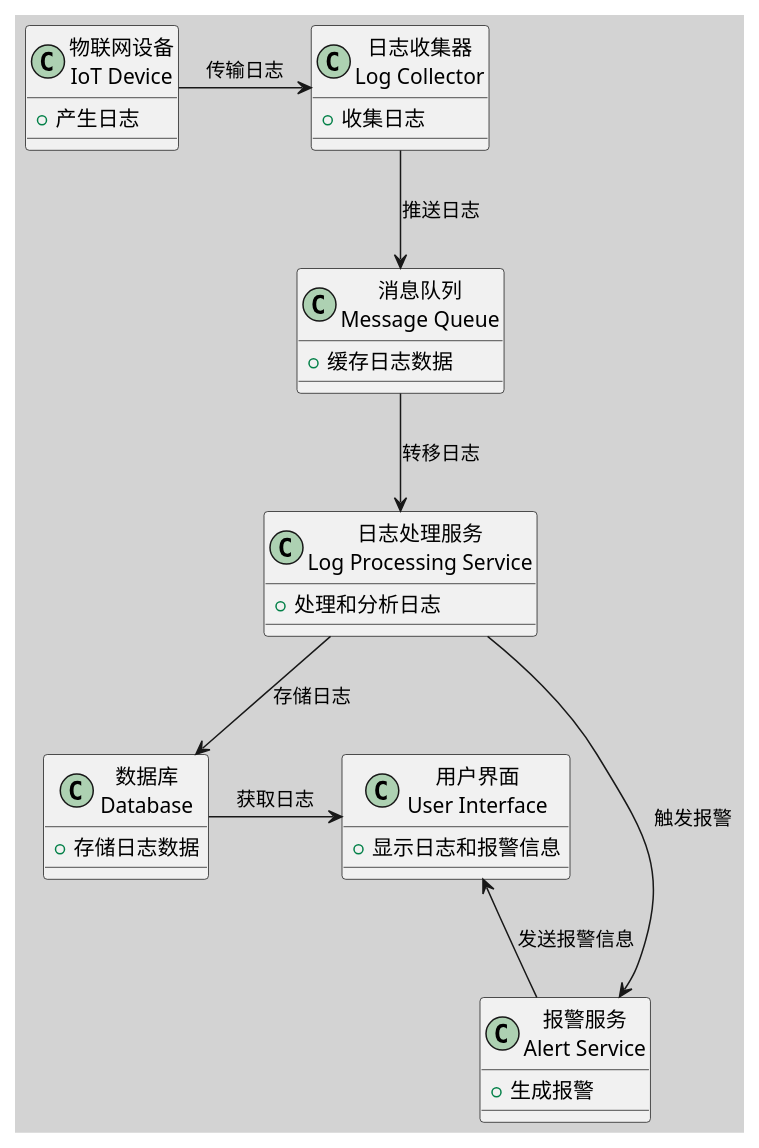
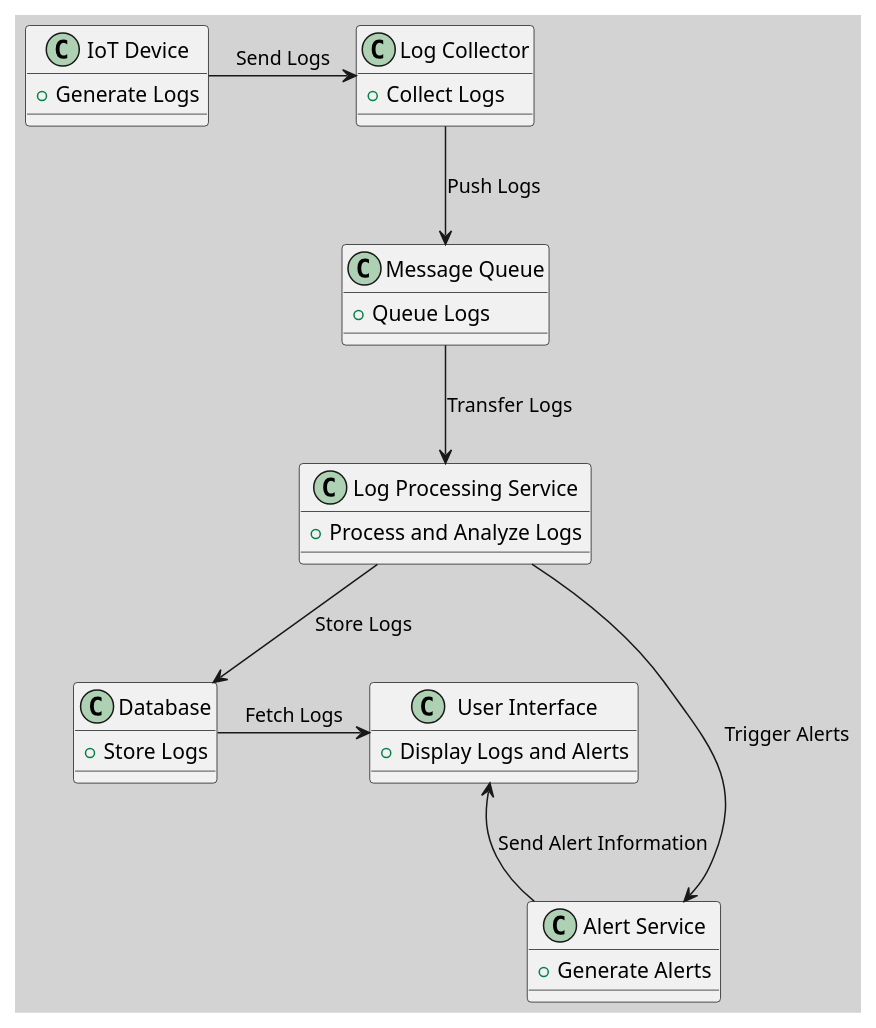
The diagram in interview_questions/iot_log_alert_system_architecture.puml (huangyingw/system_design), drawn with PlantUML before and after one commit.

```diff
--- a/interview_questions/iot_log_alert_system_architecture.puml
+++ b/interview_questions/iot_log_alert_system_architecture.puml
@@ -1,44 +1,44 @@
 @startuml
 skinparam backgroundColor #D3D3D3
 
 skinparam rectangle {
     BackgroundColor PaleGreen
     BorderColor DarkSlateGray
 }
 
-class "物联网设备\nIoT Device" as IoTDevice {
-    +产生日志
+class "IoT Device" as IoTDevice {
+    +Generate Logs
 }
 
-class "日志收集器\nLog Collector" as LogCollector {
-    +收集日志
+class "Log Collector" as LogCollector {
+    +Collect Logs
 }
 
-class "消息队列\nMessage Queue" as MessageQueue {
-    +缓存日志数据
+class "Message Queue" as MessageQueue {
+    +Queue Logs
 }
 
-class "日志处理服务\nLog Processing Service" as LogProcessing {
-    +处理和分析日志
+class "Log Processing Service" as LogProcessing {
+    +Process and Analyze Logs
 }
 
-class "数据库\nDatabase" as Database {
-    +存储日志数据
+class "Database" as Database {
+    +Store Logs
 }
 
-class "报警服务\nAlert Service" as AlertService {
-    +生成报警
+class "Alert Service" as AlertService {
+    +Generate Alerts
 }
 
-class "用户界面\nUser Interface" as UserInterface {
-    +显示日志和报警信息
+class "User Interface" as UserInterface {
+    +Display Logs and Alerts
 }
 
-IoTDevice -right-> LogCollector : 传输日志
-LogCollector -down-> MessageQueue : 推送日志
-MessageQueue -down-> LogProcessing : 转移日志
-LogProcessing -down-> Database : 存储日志
-LogProcessing -down-> AlertService : 触发报警
-Database -right-> UserInterface : 获取日志
-AlertService -up-> UserInterface : 发送报警信息
+IoTDevice -right-> LogCollector : Send Logs
+LogCollector -down-> MessageQueue : Push Logs
+MessageQueue -down-> LogProcessing : Transfer Logs
+LogProcessing -down-> Database : Store Logs
+LogProcessing -down-> AlertService : Trigger Alerts
+Database -right-> UserInterface : Fetch Logs
+AlertService -up-> UserInterface : Send Alert Information
 @enduml
```
